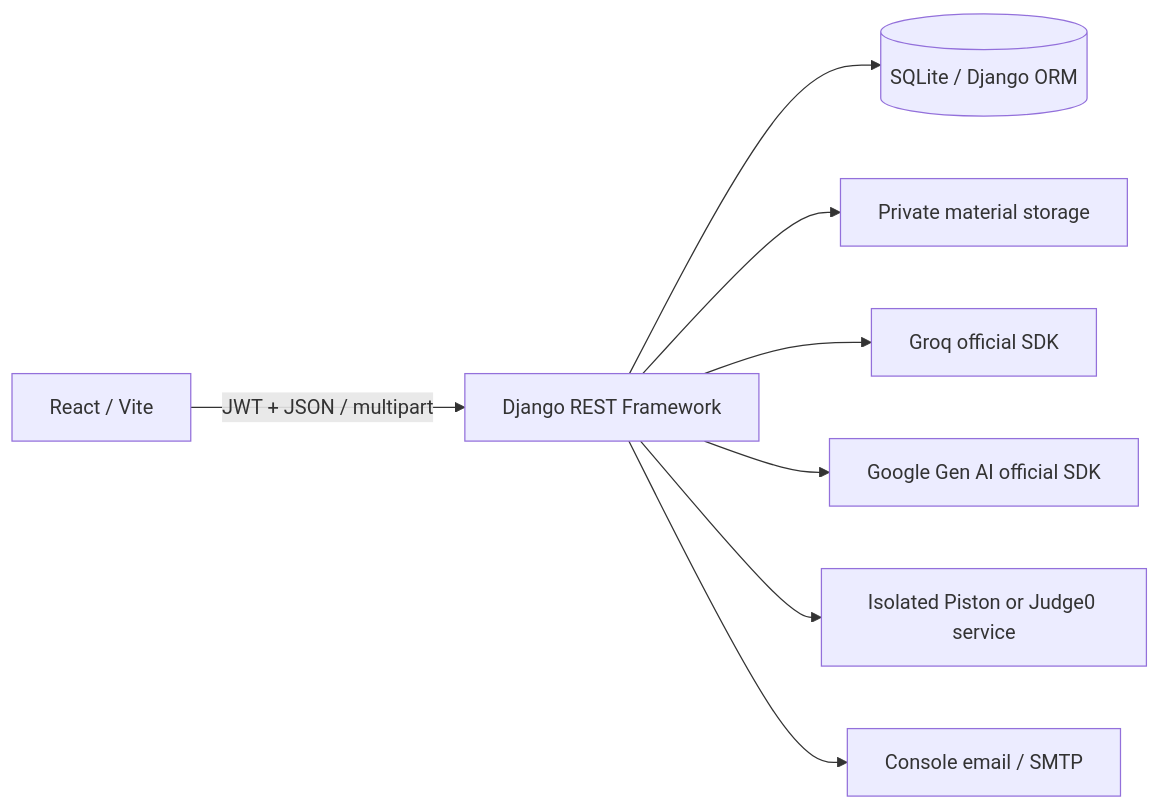
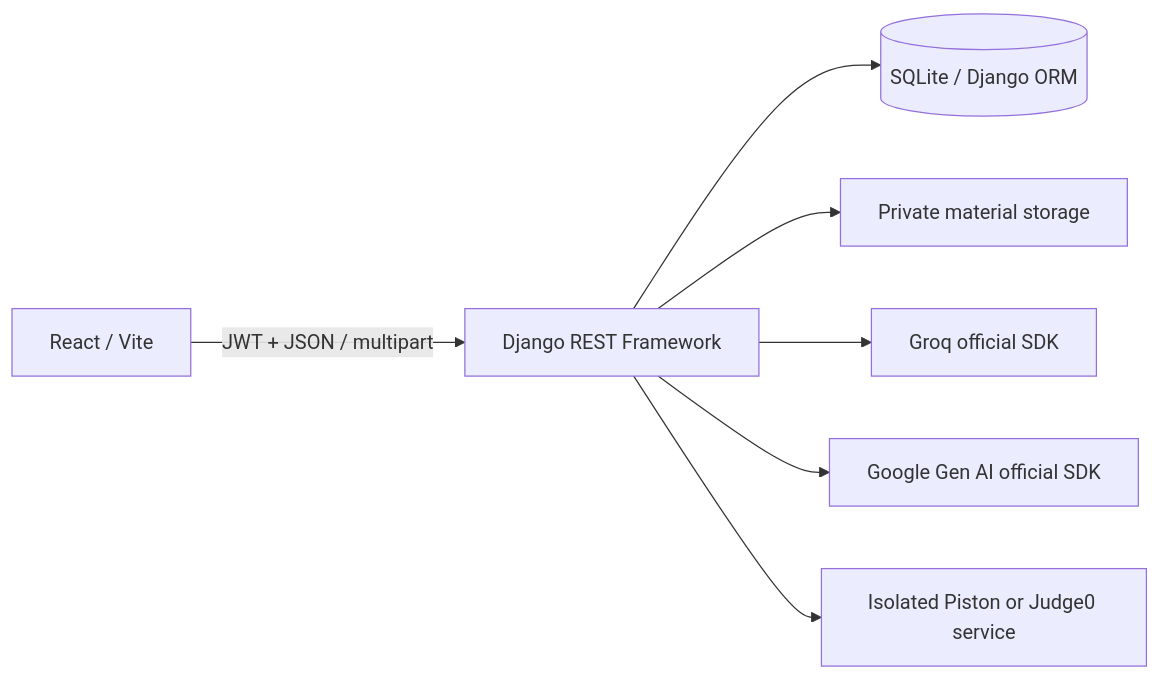
The first of 2 diagrams in docs/architecture.md (brollysolutions/skillForge), drawn with Mermaid before and after one commit. The commit also changed other lines of this file and 64 other files, not shown here.

````diff
--- a/docs/architecture.md
+++ b/docs/architecture.md
@@ -5,10 +5,9 @@
 ```mermaid
 flowchart LR
   R[React / Vite] -->|JWT + JSON / multipart| D[Django REST Framework]
   D --> DB[(SQLite / Django ORM)]
   D --> M[Private material storage]
   D --> G[Groq official SDK]
   D --> GE[Google Gen AI official SDK]
   D --> J[Isolated Piston or Judge0 service]
-  D --> E[Console email / SMTP]
 ```
````
